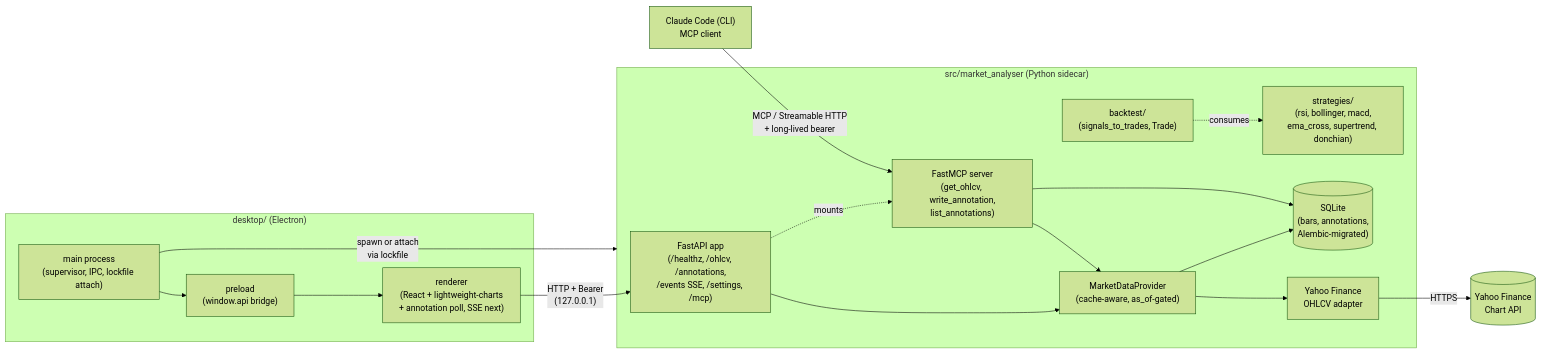
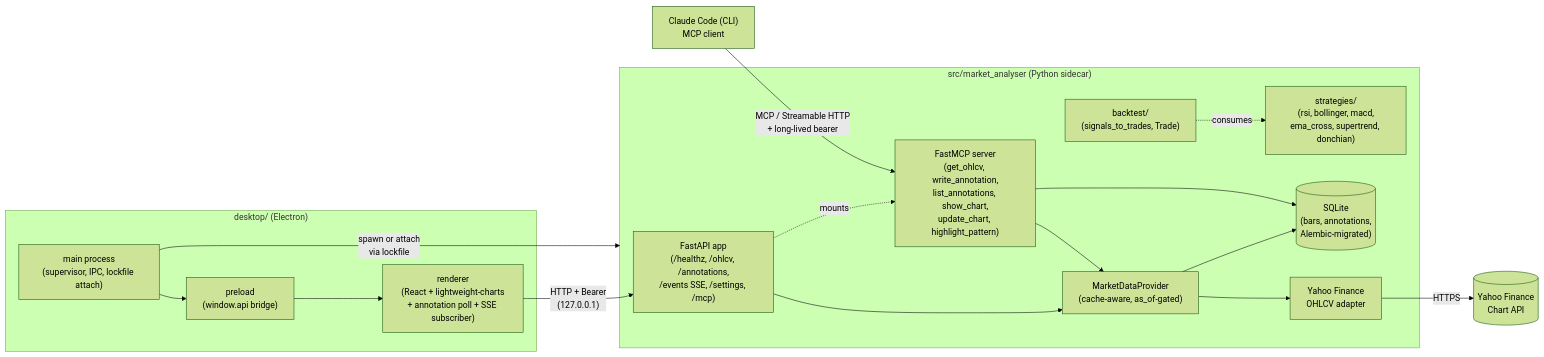
The diagram in README.md (IgorKonovalov/market-analyzer), drawn with Mermaid (forest theme) before and after one commit. The commit also changed other lines of this file, not shown here.

````diff
--- a/README.md
+++ b/README.md
@@ -29,32 +29,32 @@
 ```mermaid
 flowchart LR
   agent["Claude Code (CLI)<br/>MCP client"]
 
   subgraph desktop["desktop/ (Electron)"]
     main["main process<br/>(supervisor, IPC, lockfile attach)"]
     preload["preload<br/>(window.api bridge)"]
-    renderer["renderer<br/>(React + lightweight-charts<br/>+ annotation poll, SSE next)"]
+    renderer["renderer<br/>(React + lightweight-charts<br/>+ annotation poll + SSE subscriber)"]
     main --> preload --> renderer
   end
 
   subgraph sidecar["src/market_analyser (Python sidecar)"]
     api["FastAPI app<br/>(/healthz, /ohlcv, /annotations,<br/>/events SSE, /settings, /mcp)"]
-    mcpapp["FastMCP server<br/>(get_ohlcv, write_annotation,<br/>list_annotations)"]
+    mcpapp["FastMCP server<br/>(get_ohlcv, write_annotation,<br/>list_annotations, show_chart,<br/>update_chart, highlight_pattern)"]
     provider["MarketDataProvider<br/>(cache-aware, as_of-gated)"]
     strategies["strategies/<br/>(rsi, bollinger, macd,<br/>ema_cross, supertrend, donchian)"]
     backtest["backtest/<br/>(signals_to_trades, Trade)"]
     cache[("SQLite<br/>(bars, annotations,<br/>Alembic-migrated)")]
     adapter["Yahoo Finance<br/>OHLCV adapter"]
     api --> provider --> cache
     api -. mounts .-> mcpapp
     mcpapp --> provider
     mcpapp --> cache
     provider --> adapter
     backtest -. consumes .-> strategies
   end
 
   renderer -- "HTTP + Bearer<br/>(127.0.0.1)" --> api
   agent -- "MCP / Streamable HTTP<br/>+ long-lived bearer" --> mcpapp
   main -- "spawn or attach<br/>via lockfile" --> sidecar
   adapter -- "HTTPS" --> yahoo[("Yahoo Finance<br/>Chart API")]
 ```
````
